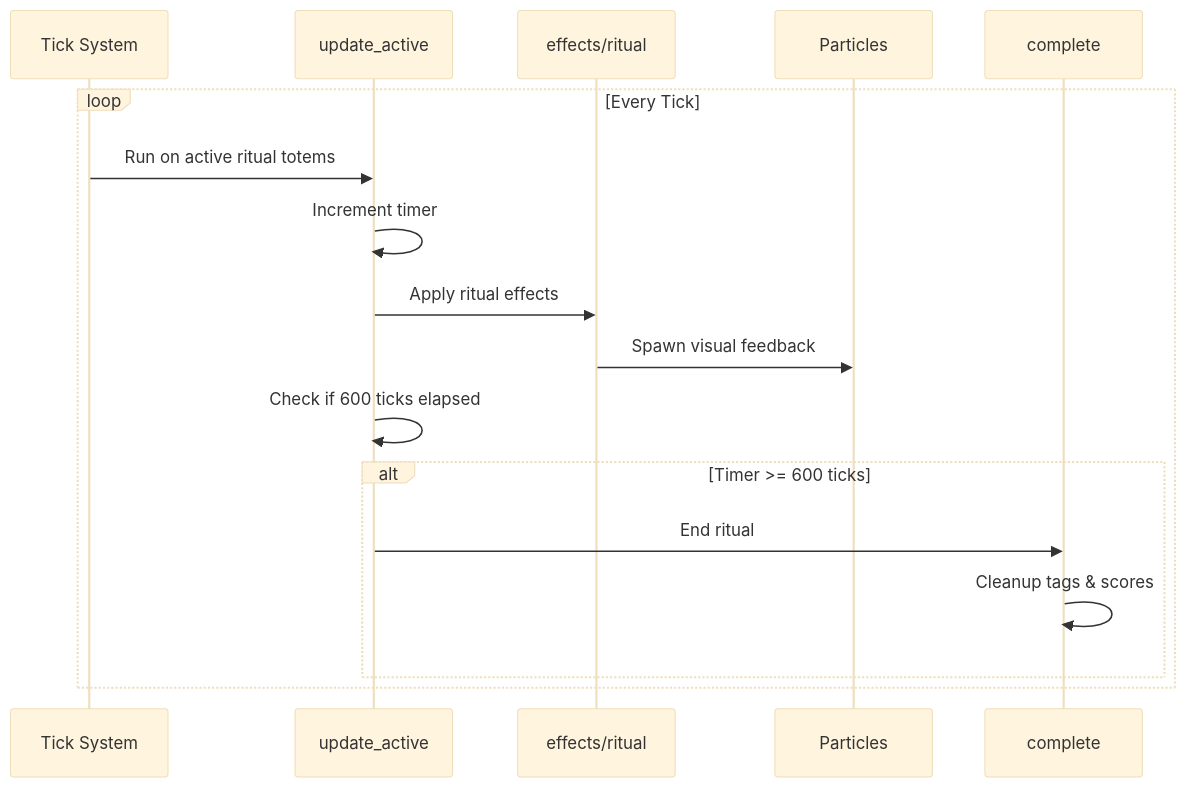
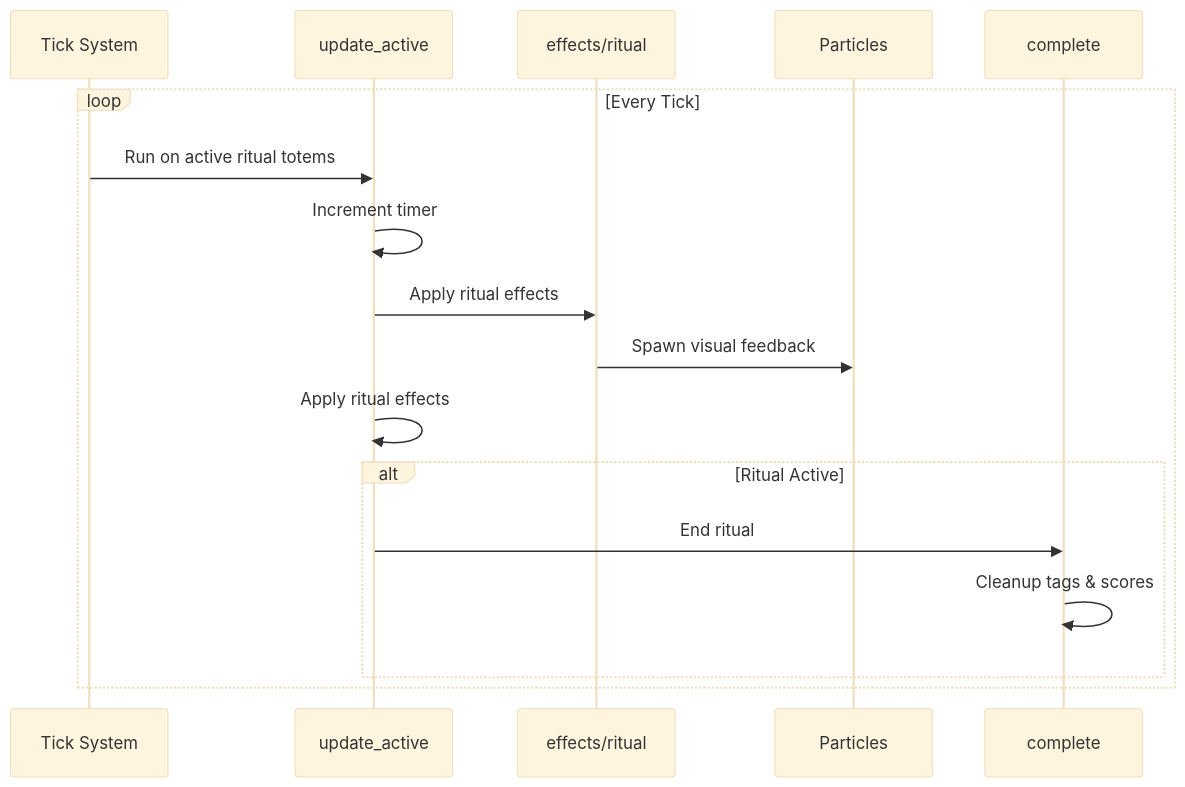
One commit to Underwood-Inc/rituals changed the fifth of 7 diagrams in docs/SYSTEM_OVERVIEW.md. Above: the diagram before and after it, drawn with Mermaid (base theme). The commit also changed other lines of this file and 67 other files, not shown here.

````diff
--- a/docs/SYSTEM_OVERVIEW.md
+++ b/docs/SYSTEM_OVERVIEW.md
@@ -188,20 +188,20 @@
 ```mermaid
 sequenceDiagram
     participant Tick System
     participant update_active
     participant effects/ritual
     participant Particles
     participant complete
     
     loop Every Tick
         Tick System->>update_active: Run on active ritual totems
         update_active->>update_active: Increment timer
         update_active->>effects/ritual: Apply ritual effects
         effects/ritual->>Particles: Spawn visual feedback
-        update_active->>update_active: Check if 600 ticks elapsed
-        alt Timer >= 600 ticks
+        update_active->>update_active: Apply ritual effects
+        alt Ritual Active
             update_active->>complete: End ritual
             complete->>complete: Cleanup tags & scores
         end
     end
 ```
````
